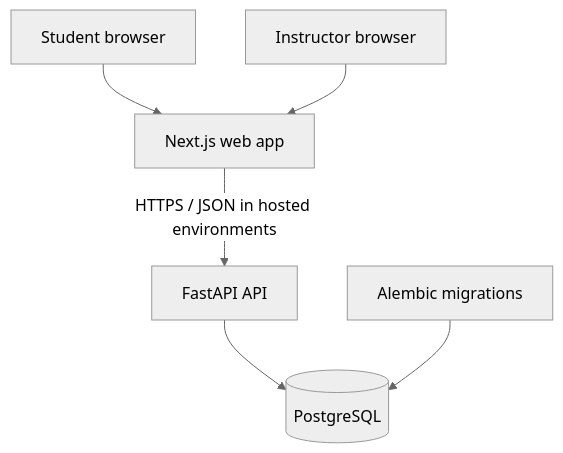
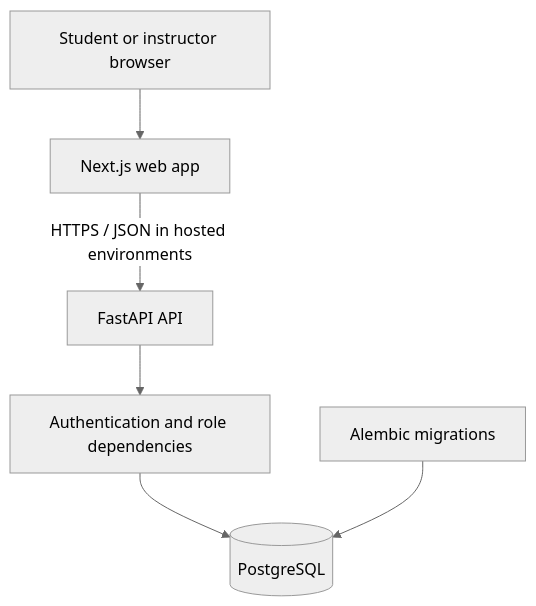
The diagram in docs/ARCHITECTURE.md (sinanaghdi/nabz-learning), drawn with Mermaid (neutral theme) before and after one commit. The commit also changed other lines of this file and 18 other files, not shown here.

````diff
--- a/docs/ARCHITECTURE.md
+++ b/docs/ARCHITECTURE.md
@@ -13,14 +13,14 @@
 ```mermaid
 flowchart TD
-    Student[Student browser]
-    Instructor[Instructor browser]
+    Browser[Student or instructor browser]
     Web[Next.js web app]
     API[FastAPI API]
+    Auth[Authentication and role dependencies]
     DB[(PostgreSQL)]
     Migrations[Alembic migrations]
-    Student --> Web
-    Instructor --> Web
+    Browser --> Web
     Web -->|HTTPS / JSON in hosted environments| API
-    API --> DB
+    API --> Auth
+    Auth --> DB
     Migrations --> DB
 ```
````
